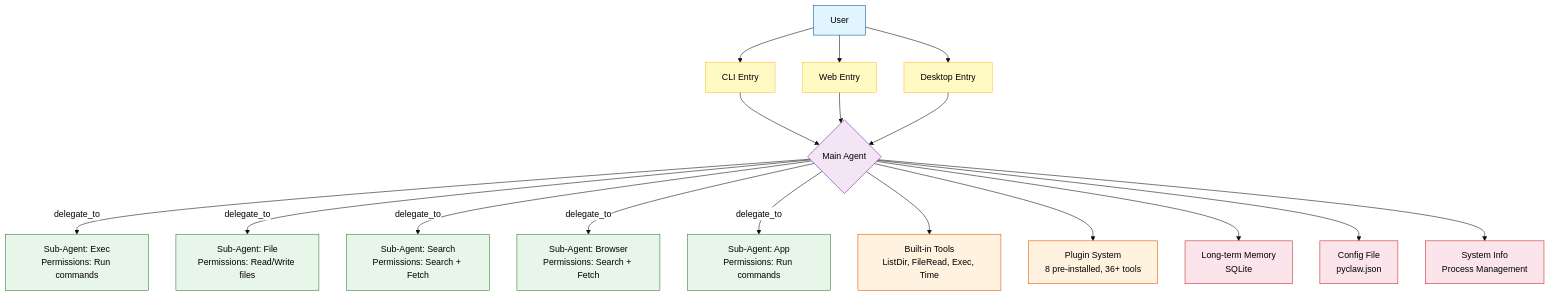
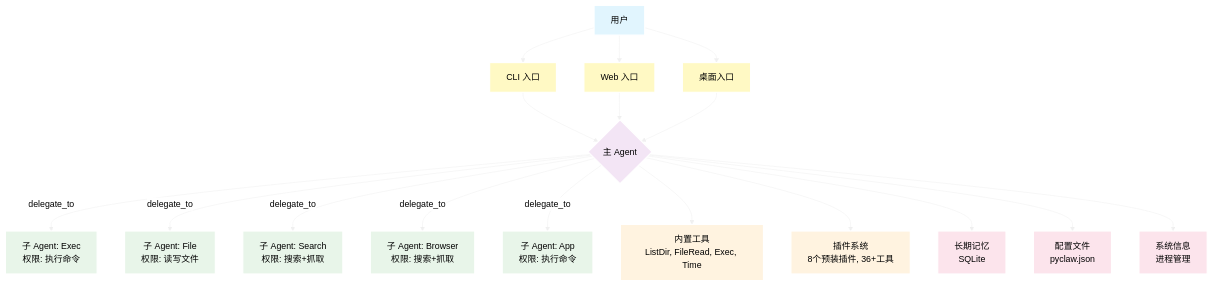
The diagram in README.md (LK-BLOG/PyClaw), drawn with Mermaid before and after one commit.

````diff
--- a/README.md
+++ b/README.md
@@ -131,44 +131,44 @@
 ```mermaid
-%%{init: { 'theme': 'base', 'themeVariables': { 'primaryTextColor': '#000000', 'primaryColor': '#fff' } } }%%
+%%{init: { 'theme': 'base', 'themeVariables': { 'primaryTextColor': '#000000', 'primaryColor': '#fff', 'lineColor': '#F0F0F0', 'primaryBorderColor': '#F0F0F0' } } }%%
 graph TD
     %% 入口层
-    U[User] --> C[CLI Entry]
-    U --> W[Web Entry]
-    U --> D[Desktop Entry]
+    U[用户] --> C[CLI 入口]
+    U --> W[Web 入口]
+    U --> D[桌面入口]
     
     %% 核心层
-    C --> A{Main Agent}
+    C --> A{主 Agent}
     W --> A
     D --> A
 
     %% 子 Agent 层
-    A -->|delegate_to| E[Sub-Agent: Exec<br>Permissions: Run commands]
-    A -->|delegate_to| F[Sub-Agent: File<br>Permissions: Read/Write files]
-    A -->|delegate_to| S[Sub-Agent: Search<br>Permissions: Search + Fetch]
-    A -->|delegate_to| B[Sub-Agent: Browser<br>Permissions: Search + Fetch]
-    A -->|delegate_to| AP[Sub-Agent: App<br>Permissions: Run commands]
+    A -->|delegate_to| E[子 Agent: Exec<br>权限: 执行命令]
+    A -->|delegate_to| F[子 Agent: File<br>权限: 读写文件]
+    A -->|delegate_to| S[子 Agent: Search<br>权限: 搜索+抓取]
+    A -->|delegate_to| B[子 Agent: Browser<br>权限: 搜索+抓取]
+    A -->|delegate_to| AP[子 Agent: App<br>权限: 执行命令]
 
     %% 工具与插件层
-    A --> T[Built-in Tools<br>ListDir, FileRead, Exec, Time]
-    A --> P[Plugin System<br>8 pre-installed, 36+ tools]
+    A --> T[内置工具<br>ListDir, FileRead, Exec, Time]
+    A --> P[插件系统<br>8个预装插件, 36+工具]
 
     %% 数据与存储层
-    A --> M[Long-term Memory<br>SQLite]
-    A --> CF[Config File<br>pyclaw.json]
-    A --> SYS[System Info<br>Process Management]
+    A --> M[长期记忆<br>SQLite]
+    A --> CF[配置文件<br>pyclaw.json]
+    A --> SYS[系统信息<br>进程管理]
 
     %% 样式定义
-    classDef user fill:#e1f5fe,stroke:#01579b,color:#000;
-    classDef entry fill:#fff9c4,stroke:#fbc02d,color:#000;
-    classDef core fill:#f3e5f5,stroke:#7b1fa2,color:#000;
-    classDef subagent fill:#e8f5e9,stroke:#2e7d32,color:#000;
-    classDef tool fill:#fff3e0,stroke:#e65100,color:#000;
-    classDef storage fill:#fce4ec,stroke:#c62828,color:#000;
+    classDef user fill:#e1f5fe,stroke:#ffffff,stroke-width:2px,color:#000;
+    classDef entry fill:#fff9c4,stroke:#ffffff,stroke-width:2px,color:#000;
+    classDef core fill:#f3e5f5,stroke:#ffffff,stroke-width:2px,color:#000;
+    classDef subagent fill:#e8f5e9,stroke:#ffffff,stroke-width:2px,color:#000;
+    classDef tool fill:#fff3e0,stroke:#ffffff,stroke-width:2px,color:#000;
+    classDef storage fill:#fce4ec,stroke:#ffffff,stroke-width:2px,color:#000;
 
     class U user;
     class C,W,D entry;
     class A core;
     class E,F,S,B,AP subagent;
     class T,P tool;
     class M,CF,SYS storage;
 ```
````
